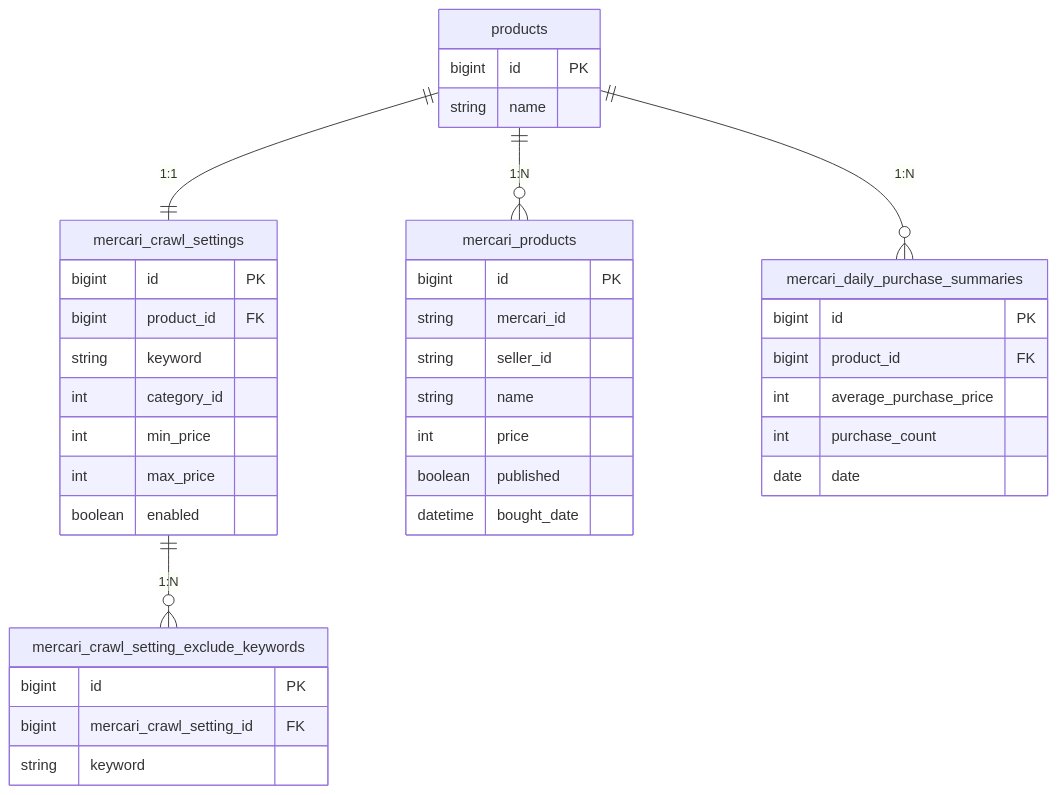
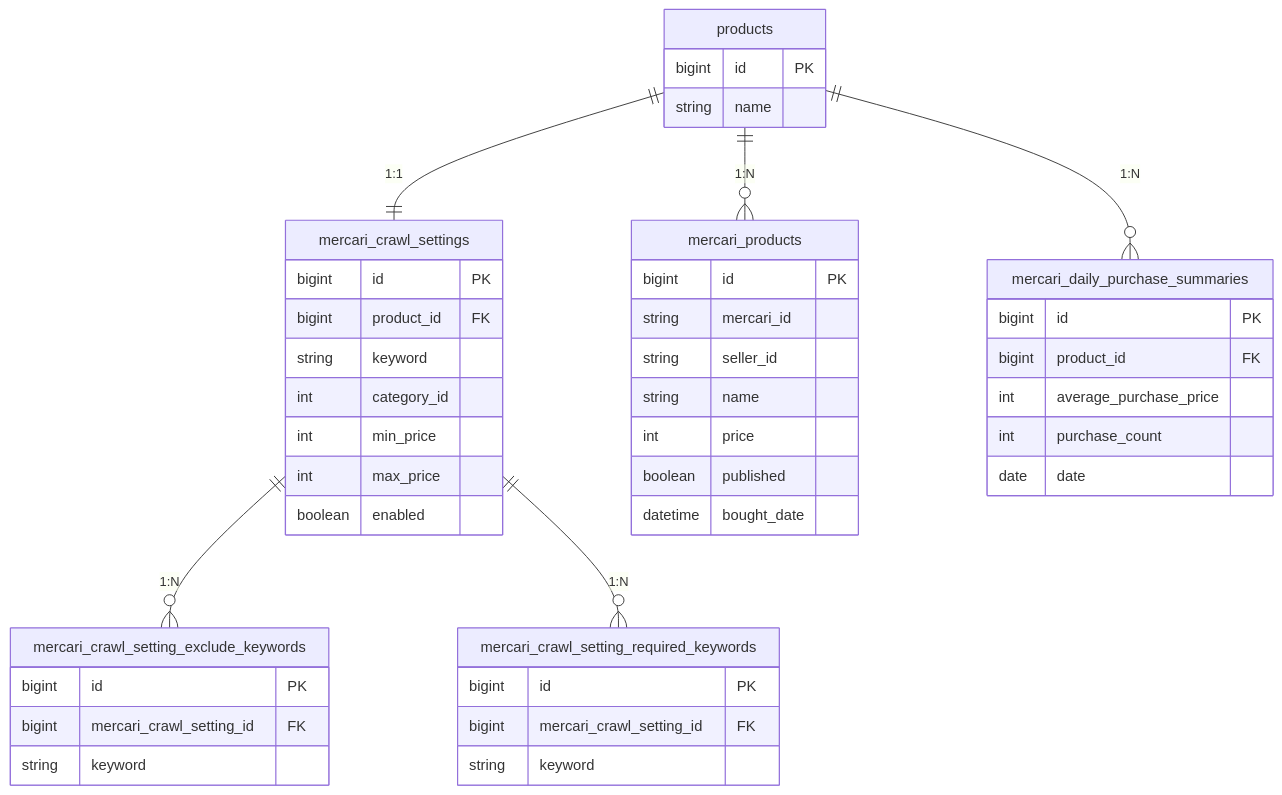
Before and after one commit to kuroweb/price-monitoring: the third of 4 diagrams in README.md, drawn with Mermaid. The commit also changed other lines of this file and 12 other files, not shown here.

````diff
--- a/README.md
+++ b/README.md
@@ -123,42 +129,48 @@
 ```mermaid
 erDiagram
   products {
     bigint id PK
     string name
   }
   mercari_crawl_settings {
     bigint id PK
     bigint product_id FK
     string keyword
     int category_id
     int min_price
     int max_price
     boolean enabled
   }
   mercari_crawl_setting_exclude_keywords {
+    bigint id PK
+    bigint mercari_crawl_setting_id FK
+    string keyword
+  }
+  mercari_crawl_setting_required_keywords {
     bigint id PK
     bigint mercari_crawl_setting_id FK
     string keyword
   }
   mercari_products {
     bigint id PK
     string mercari_id
     string seller_id
     string name
     int price
     boolean published
     datetime bought_date
   }
   mercari_daily_purchase_summaries {
     bigint id PK
     bigint product_id FK
     int average_purchase_price
     int purchase_count
     date date
   }
 
   products ||--|| mercari_crawl_settings : "1:1"
   mercari_crawl_settings ||--o{ mercari_crawl_setting_exclude_keywords : "1:N"
+  mercari_crawl_settings ||--o{ mercari_crawl_setting_required_keywords : "1:N"
   products ||--o{ mercari_products : "1:N"
   products ||--o{ mercari_daily_purchase_summaries : "1:N"
 ```
````
